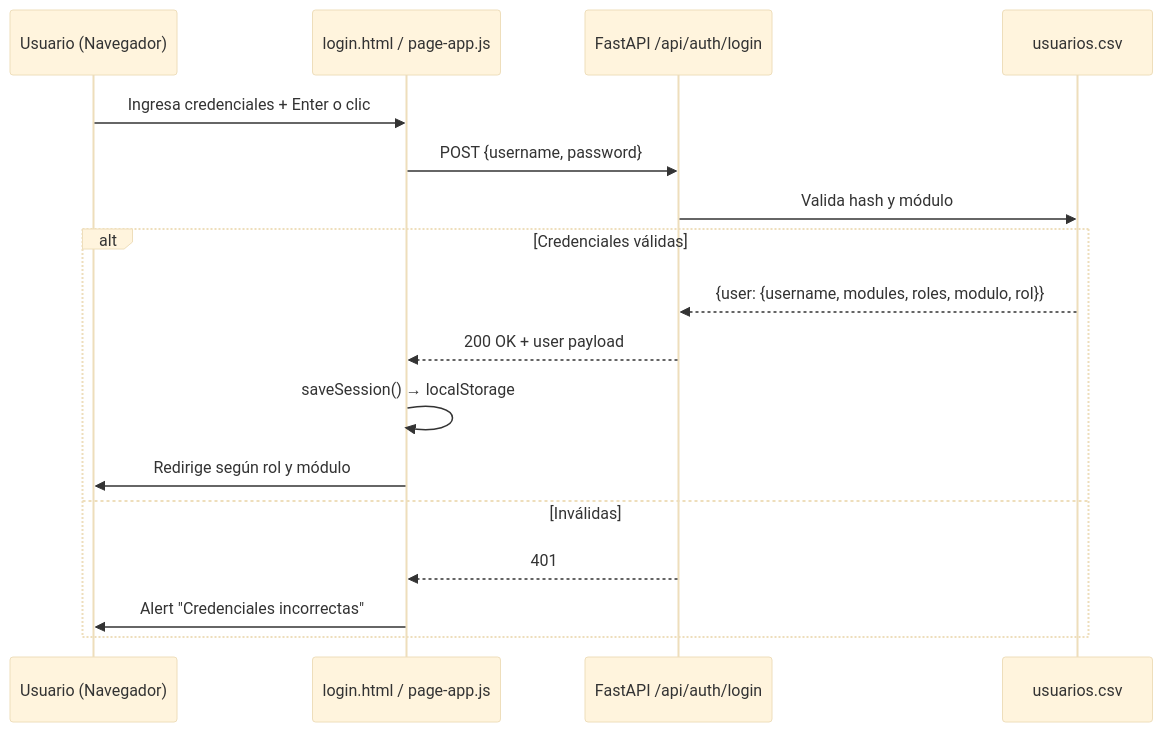
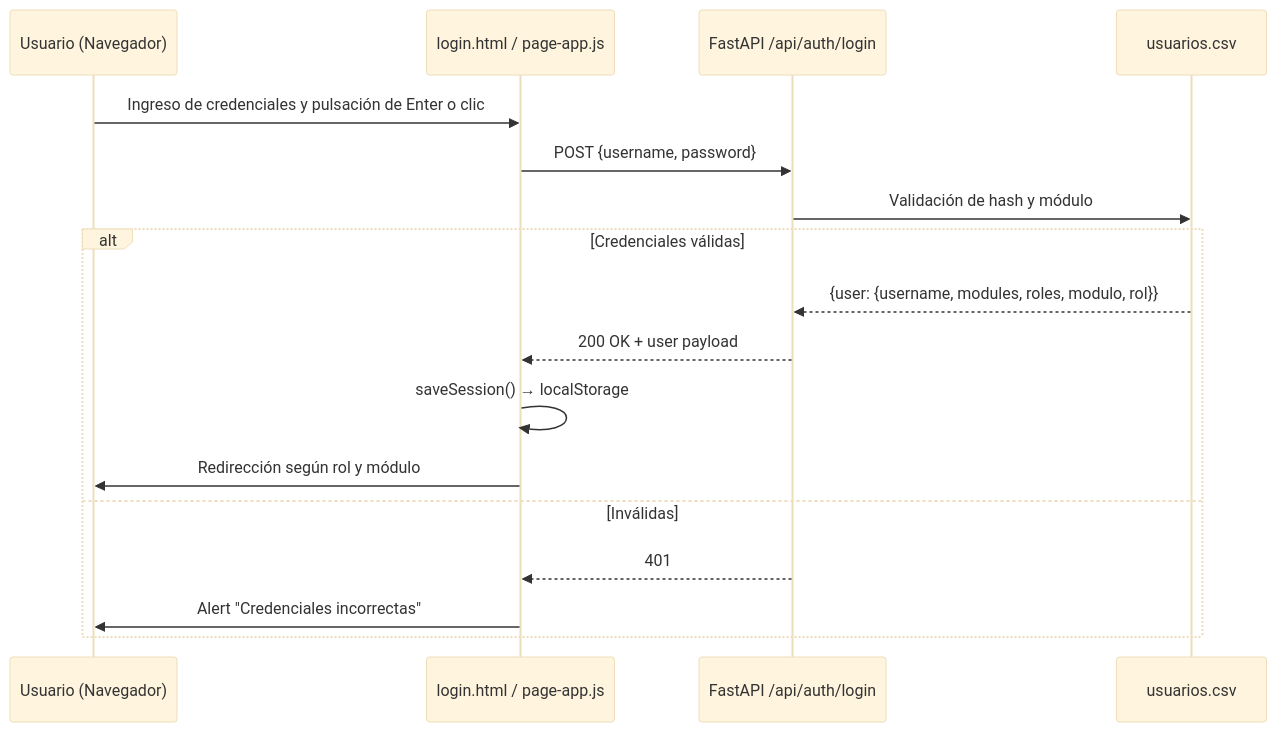
The second of 3 diagrams in README.md (luisdavidcolina/ciencias-ucv-digital-archive), drawn with Mermaid (base theme) before and after one commit. The commit also changed other lines of this file and 4 other files, not shown here.

````diff
--- a/README.md
+++ b/README.md
@@ -243,20 +243,20 @@
 ```mermaid
 sequenceDiagram
     participant U as Usuario (Navegador)
     participant L as login.html / page-app.js
     participant A as FastAPI /api/auth/login
     participant DB as usuarios.csv
 
-    U->>L: Ingresa credenciales + Enter o clic
+    U->>L: Ingreso de credenciales y pulsación de Enter o clic
     L->>A: POST {username, password}
-    A->>DB: Valida hash y módulo
+    A->>DB: Validación de hash y módulo
     alt Credenciales válidas
         DB-->>A: {user: {username, modules, roles, modulo, rol}}
         A-->>L: 200 OK + user payload
         L->>L: saveSession() → localStorage
-        L->>U: Redirige según rol y módulo
+        L->>U: Redirección según rol y módulo
     else Inválidas
         A-->>L: 401
         L->>U: Alert "Credenciales incorrectas"
     end
 ```
````
